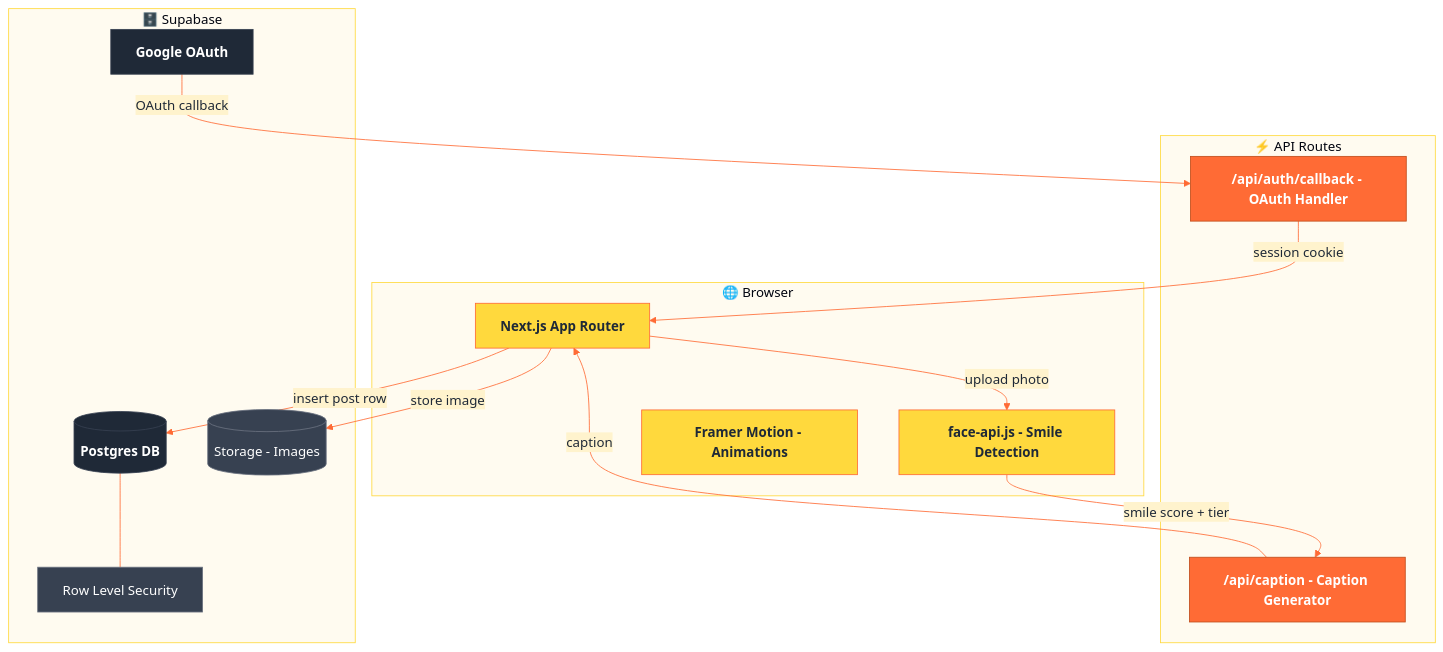
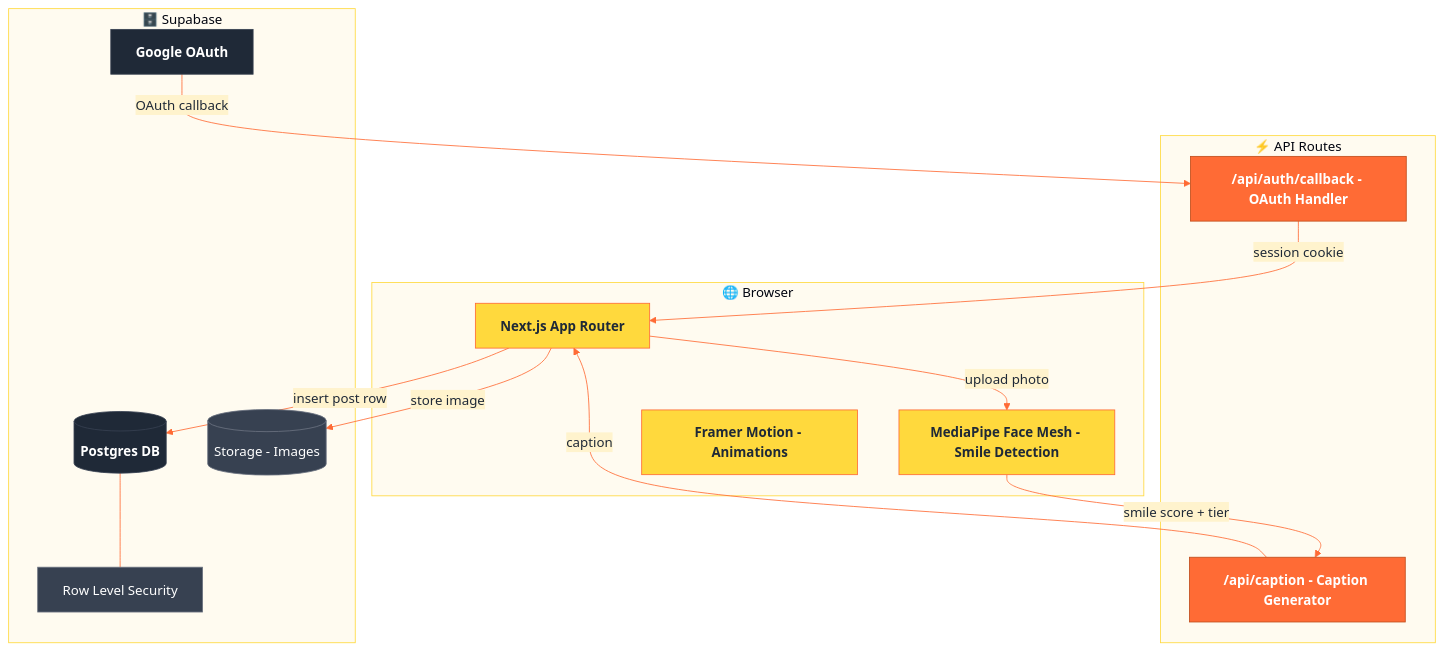
One commit to HackIndiaXYZ/vibe-coding-hackathon-2026-claduesss changed the first of 6 diagrams in README.md. Above: the diagram before and after it, drawn with Mermaid. The commit also changed other lines of this file, not shown here.

Commit message:
docs(readme): replace face-api.js with MediaPipe Face Mesh

````diff
--- a/README.md
+++ b/README.md
@@ -28,35 +28,35 @@
 ```mermaid
 %%{init: {'theme': 'base', 'themeVariables': {'primaryColor': '#FFD93D', 'primaryTextColor': '#1F2937', 'primaryBorderColor': '#FF6B35', 'lineColor': '#FF6B35', 'secondaryColor': '#FFF3CD', 'tertiaryColor': '#FFFBF0', 'clusterBkg': '#FFFBF0', 'clusterBorder': '#FFD93D'}}}%%
 graph TD
     classDef client fill:#FFD93D,stroke:#FF6B35,color:#1F2937,font-weight:bold
     classDef server fill:#FF6B35,stroke:#c04e1c,color:#ffffff,font-weight:bold
     classDef db fill:#1F2937,stroke:#374151,color:#ffffff,font-weight:bold
     classDef store fill:#374151,stroke:#6B7280,color:#ffffff
 
     subgraph Client["🌐 Browser"]
         UI[Next.js App Router]:::client
-        FA[face-api.js - Smile Detection]:::client
+        FA[MediaPipe Face Mesh - Smile Detection]:::client
         FM[Framer Motion - Animations]:::client
     end
 
     subgraph Server["⚡ API Routes"]
         CAP["/api/caption - Caption Generator"]:::server
         AUTH["/api/auth/callback - OAuth Handler"]:::server
     end
 
     subgraph Supabase["🗄️ Supabase"]
         DB[(Postgres DB)]:::db
         ST[(Storage - Images)]:::store
         AU[Google OAuth]:::db
         RLS[Row Level Security]:::store
     end
 
     UI -->|upload photo| FA
     FA -->|smile score + tier| CAP
     CAP -->|caption| UI
     UI -->|store image| ST
     UI -->|insert post row| DB
     AU -->|OAuth callback| AUTH
     AUTH -->|session cookie| UI
     DB --- RLS
 ```
````
